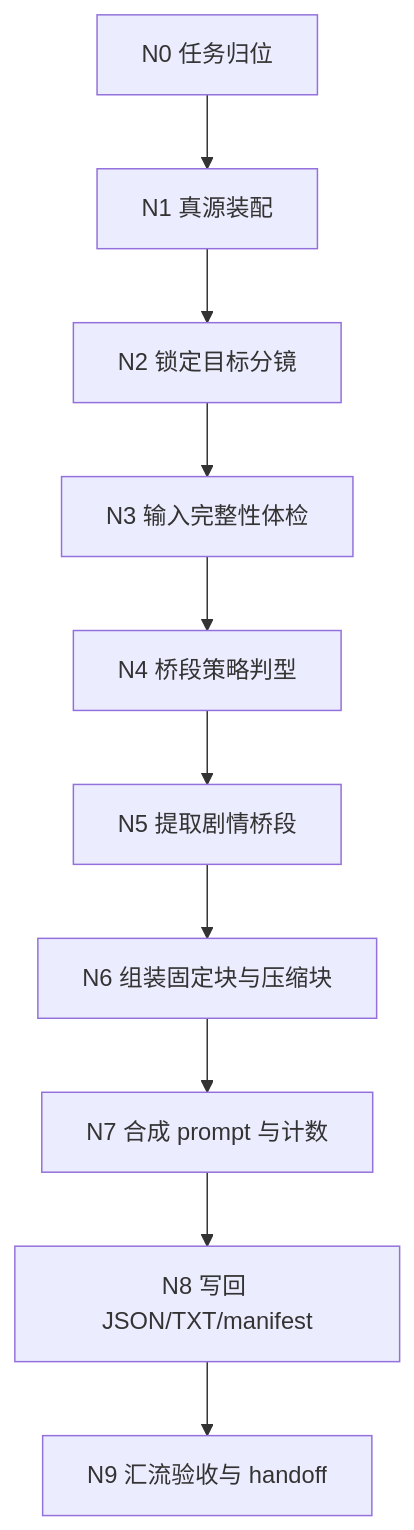
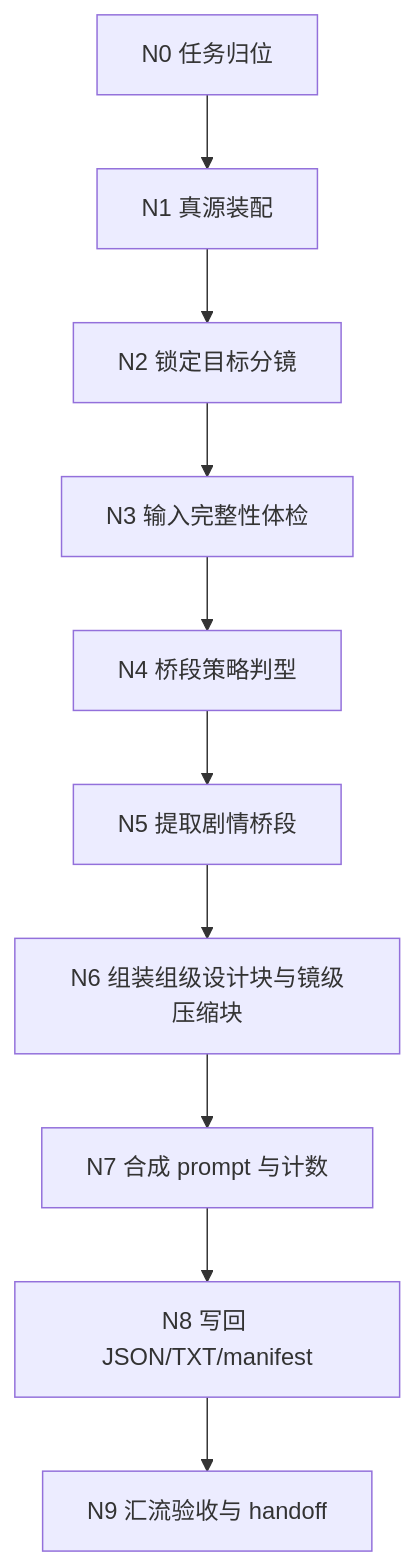
One commit to ZEN-VOID/AI-CUT changed the first of 4 diagrams in .agents/skills/aigc/6-Video/1-提示词蒸馏/首帧参照/SKILL.md. Above: the diagram before and after it, drawn with Mermaid. The commit also changed other lines of this file and 118 other files, not shown here.

````diff
--- a/.agents/skills/aigc/6-Video/1-提示词蒸馏/首帧参照/SKILL.md
+++ b/.agents/skills/aigc/6-Video/1-提示词蒸馏/首帧参照/SKILL.md
@@ -236,12 +244,12 @@
 ```mermaid
 flowchart TD
     A["N0 任务归位"] --> B["N1 真源装配"]
     B --> C["N2 锁定目标分镜"]
     C --> D["N3 输入完整性体检"]
     D --> E["N4 桥段策略判型"]
     E --> F["N5 提取剧情桥段"]
-    F --> G["N6 组装固定块与压缩块"]
+    F --> G["N6 组装组级设计块与镜级压缩块"]
     G --> H["N7 合成 prompt 与计数"]
     H --> I["N8 写回 JSON/TXT/manifest"]
     I --> J["N9 汇流验收与 handoff"]
 ```
````
